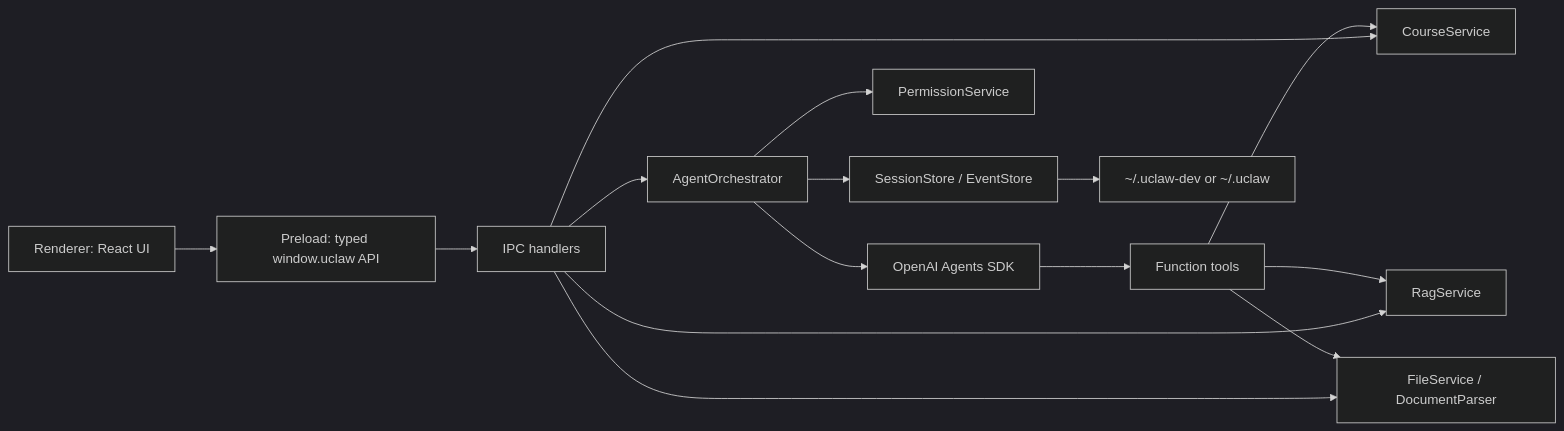
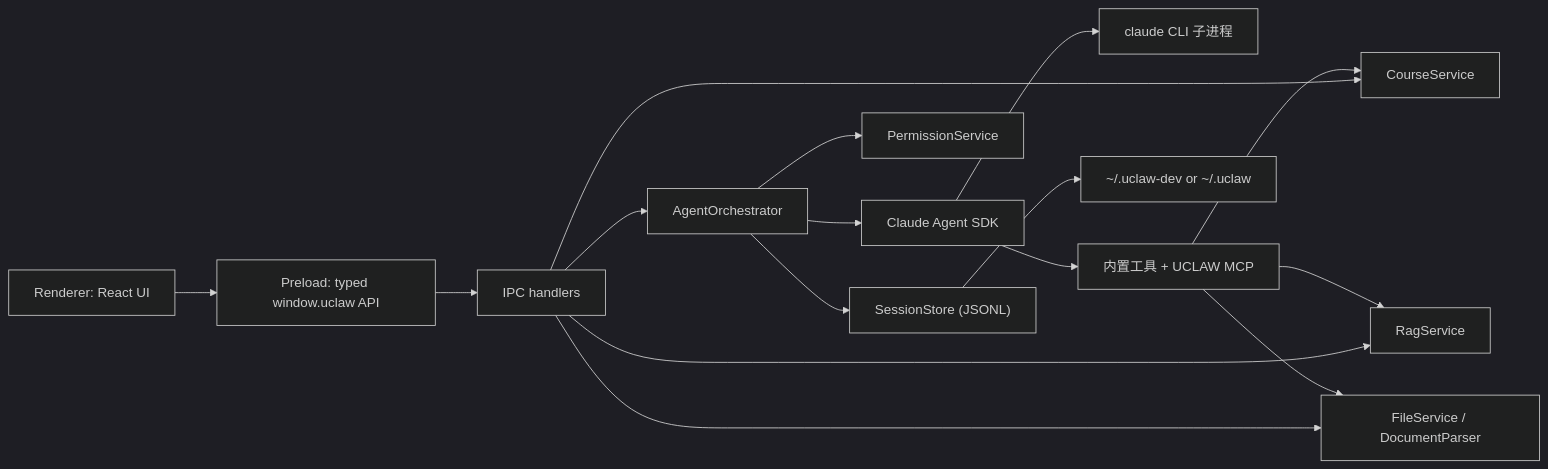
Before and after one commit to KOIAI777/brevyn-desktop: the first of 3 diagrams in docs/architecture.md, drawn with Mermaid (dark theme). The commit also changed other lines of this file and 45 other files, not shown here.

````diff
--- a/docs/architecture.md
+++ b/docs/architecture.md
@@ -52,17 +53,18 @@
 ```mermaid
 flowchart LR
   UI["Renderer: React UI"] --> Bridge["Preload: typed window.uclaw API"]
   Bridge --> IPC["IPC handlers"]
   IPC --> Course["CourseService"]
   IPC --> File["FileService / DocumentParser"]
   IPC --> RAG["RagService"]
   IPC --> Agent["AgentOrchestrator"]
-  Agent --> SDK["OpenAI Agents SDK"]
+  Agent --> SDK["Claude Agent SDK"]
+  SDK --> Spawn["claude CLI 子进程"]
   Agent --> Policy["PermissionService"]
-  Agent --> Store["SessionStore / EventStore"]
-  SDK --> Tools["Function tools"]
+  Agent --> Store["SessionStore (JSONL)"]
+  SDK --> Tools["内置工具 + UCLAW MCP"]
   Tools --> RAG
   Tools --> Course
   Tools --> File
   Store --> Local["~/.uclaw-dev or ~/.uclaw"]
 ```
````
